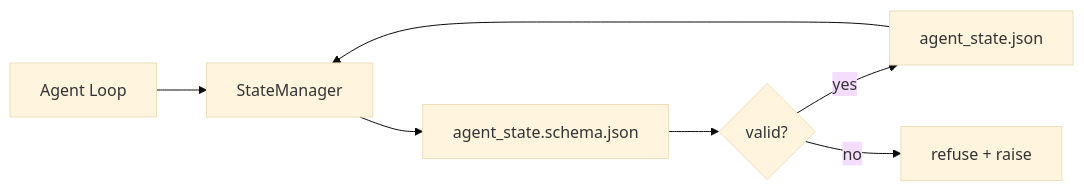
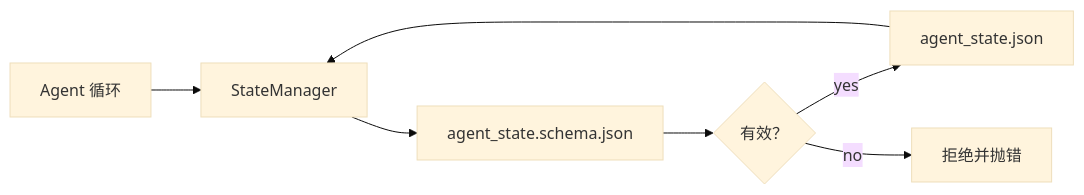
The diagram in phases/14-agent-engineering/34-repo-memory-and-state/docs/zh.md (JerryC8080/ai-engineering-from-scratch-zh), drawn with Mermaid (base theme) before and after one commit. The commit also changed 156 other files, not shown here.

First line of the commit message:
i18n(zh): translate mermaid diagram labels in 157 lesson zh.md

````diff
--- a/phases/14-agent-engineering/34-repo-memory-and-state/docs/zh.md
+++ b/phases/14-agent-engineering/34-repo-memory-and-state/docs/zh.md
@@ -27,9 +27,9 @@
 ```mermaid
 flowchart LR
-  Agent[Agent Loop] --> Manager[StateManager]
+  Agent[Agent 循环] --> Manager[StateManager]
   Manager --> Schema[agent_state.schema.json]
-  Schema --> Validate{valid?}
+  Schema --> Validate{有效？}
   Validate -- yes --> Write[agent_state.json]
-  Validate -- no --> Reject[refuse + raise]
+  Validate -- no --> Reject[拒绝并抛错]
   Write --> Manager
 ```
````
